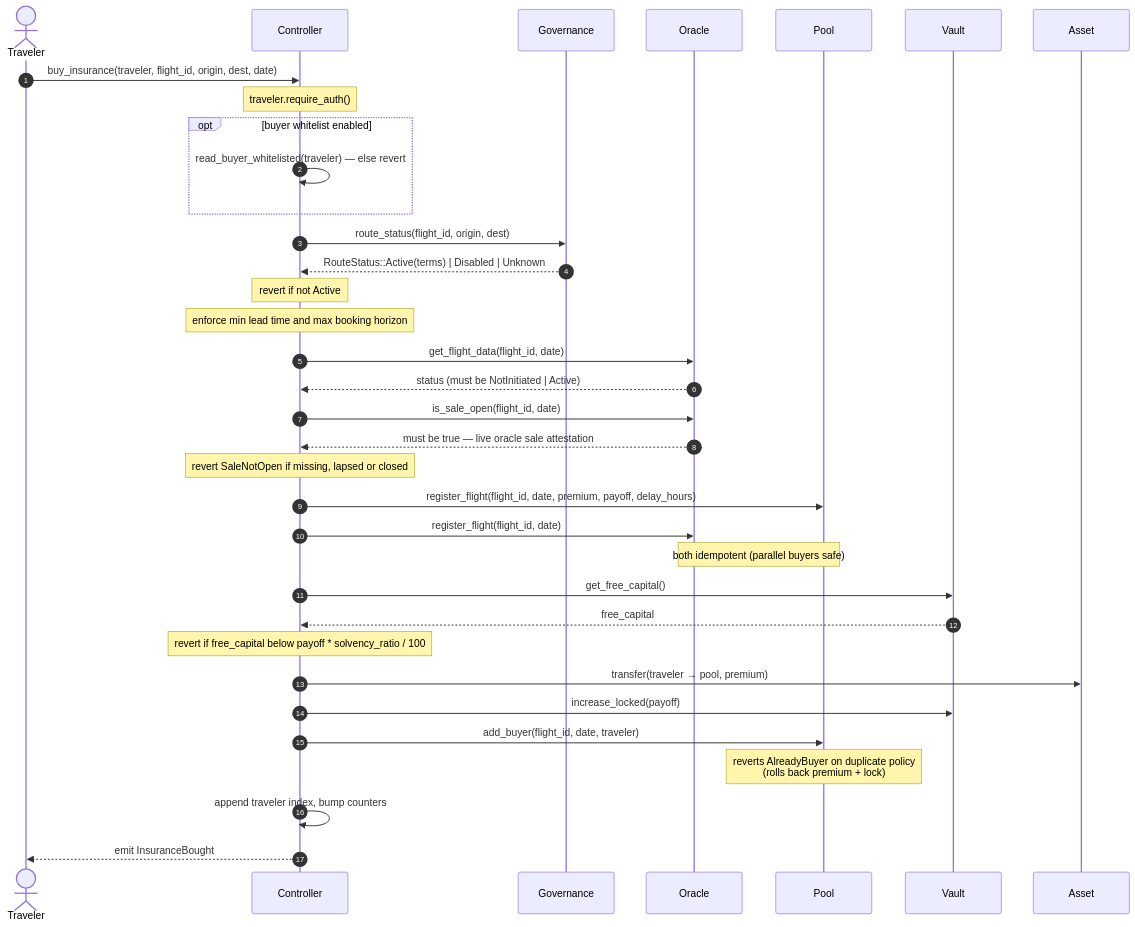
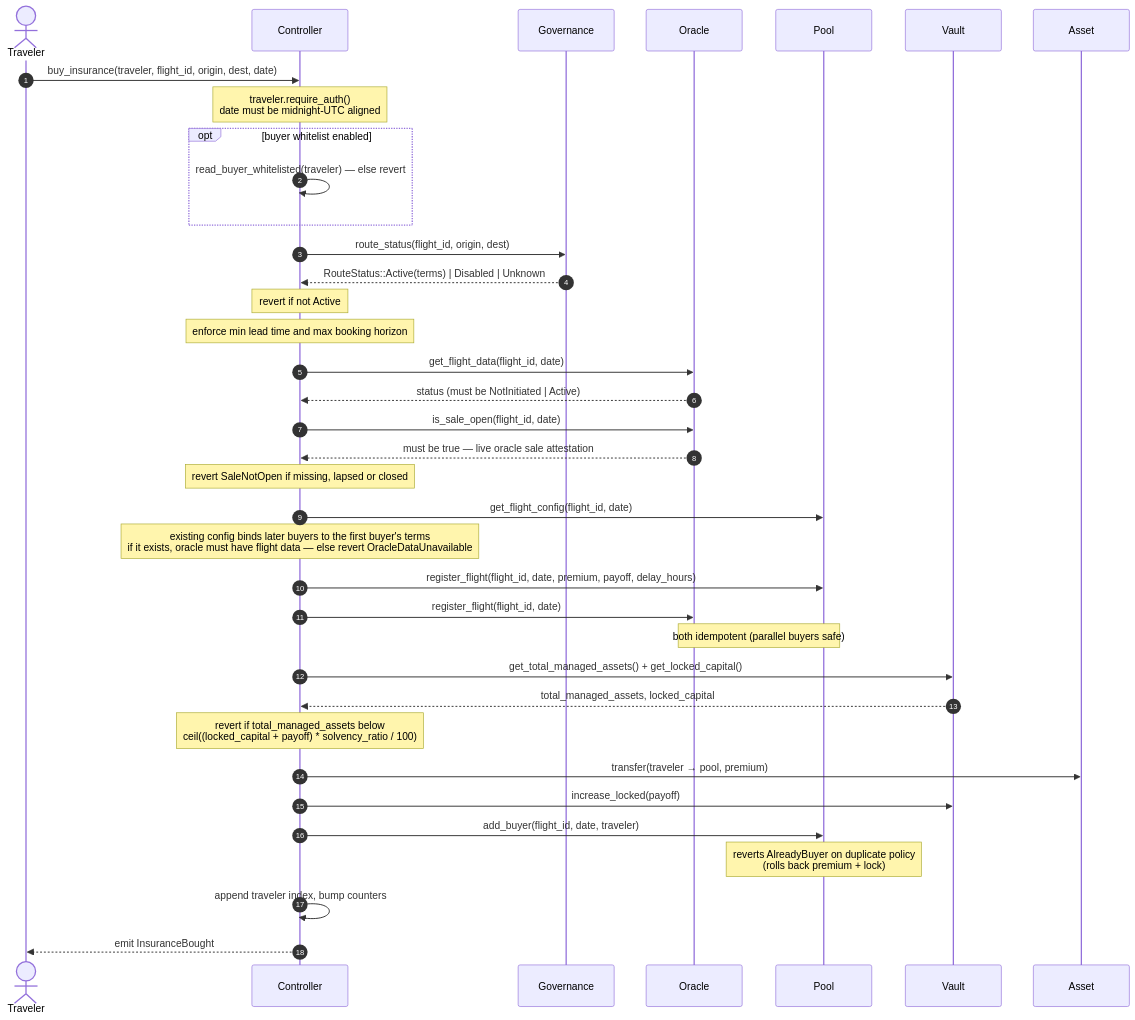
One commit to SentinelFi/sentinel_soroban_v3 changed the third of 6 diagrams in sequence_diagrams.md. Above: the diagram before and after it, drawn with Mermaid. The commit also changed other lines of this file and 16 other files, not shown here.

````diff
--- a/sequence_diagrams.md
+++ b/sequence_diagrams.md
@@ -115,44 +116,47 @@
 ```mermaid
 sequenceDiagram
     autonumber
     actor Traveler
     participant Ctrl as Controller
     participant Gov as Governance
     participant Oracle as Oracle
     participant Pool as Pool
     participant Vault as Vault
     participant Asset as Asset
 
     Traveler->>Ctrl: buy_insurance(traveler, flight_id, origin, dest, date)
-    Note over Ctrl: traveler.require_auth()
+    Note over Ctrl: traveler.require_auth()<br/>date must be midnight-UTC aligned
     opt buyer whitelist enabled
         Ctrl->>Ctrl: read_buyer_whitelisted(traveler) — else revert
     end
 
     Ctrl->>Gov: route_status(flight_id, origin, dest)
     Gov-->>Ctrl: RouteStatus::Active(terms) | Disabled | Unknown
     Note over Ctrl: revert if not Active
 
     Note over Ctrl: enforce min lead time and max booking horizon
     Ctrl->>Oracle: get_flight_data(flight_id, date)
     Oracle-->>Ctrl: status (must be NotInitiated | Active)
     Ctrl->>Oracle: is_sale_open(flight_id, date)
     Oracle-->>Ctrl: must be true — live oracle sale attestation
     Note over Ctrl: revert SaleNotOpen if missing, lapsed or closed
 
+    Ctrl->>Pool: get_flight_config(flight_id, date)
+    Note over Ctrl: existing config binds later buyers to the first buyer's terms<br/>if it exists, oracle must have flight data — else revert OracleDataUnavailable
+
     Ctrl->>Pool: register_flight(flight_id, date, premium, payoff, delay_hours)
     Ctrl->>Oracle: register_flight(flight_id, date)
     Note over Pool,Oracle: both idempotent (parallel buyers safe)
 
-    Ctrl->>Vault: get_free_capital()
-    Vault-->>Ctrl: free_capital
-    Note over Ctrl: revert if free_capital below payoff * solvency_ratio / 100
+    Ctrl->>Vault: get_total_managed_assets() + get_locked_capital()
+    Vault-->>Ctrl: total_managed_assets, locked_capital
+    Note over Ctrl: revert if total_managed_assets below<br/>ceil((locked_capital + payoff) * solvency_ratio / 100)
 
     Ctrl->>Asset: transfer(traveler → pool, premium)
     Ctrl->>Vault: increase_locked(payoff)
     Ctrl->>Pool: add_buyer(flight_id, date, traveler)
     Note over Pool: reverts AlreadyBuyer on duplicate policy<br/>(rolls back premium + lock)
 
     Ctrl->>Ctrl: append traveler index, bump counters
     Ctrl-->>Traveler: emit InsuranceBought
 ```
````
